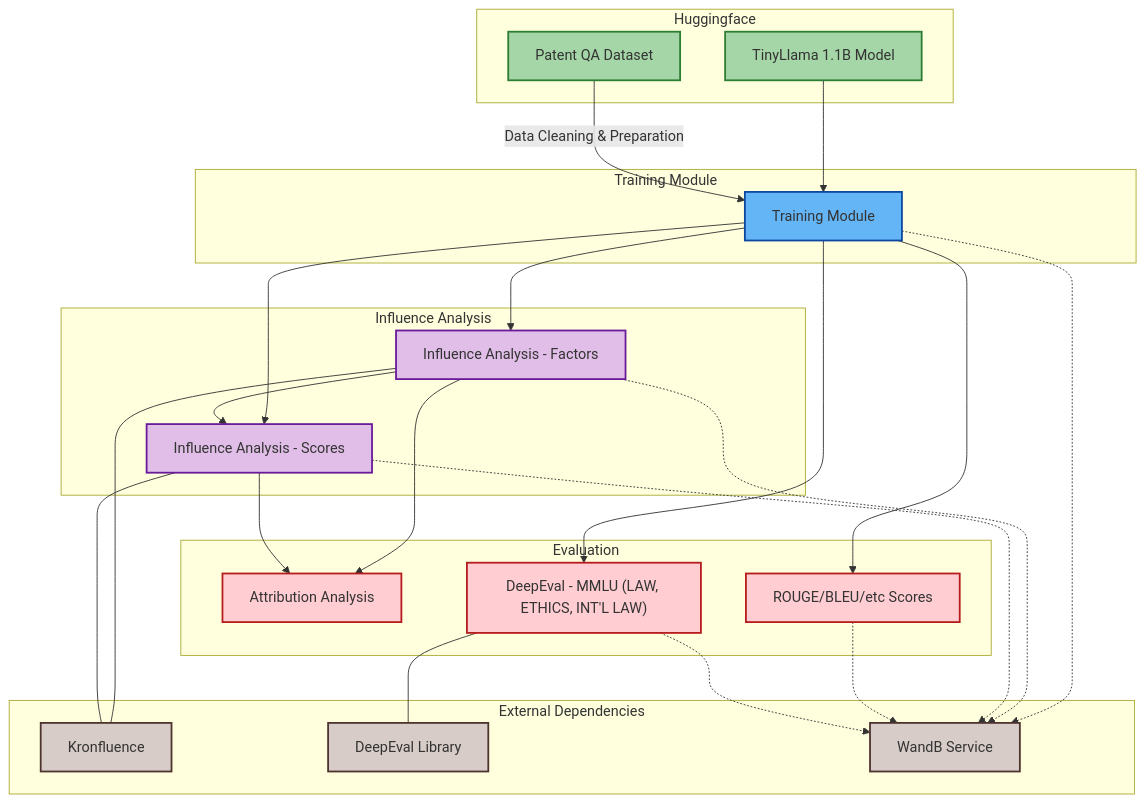
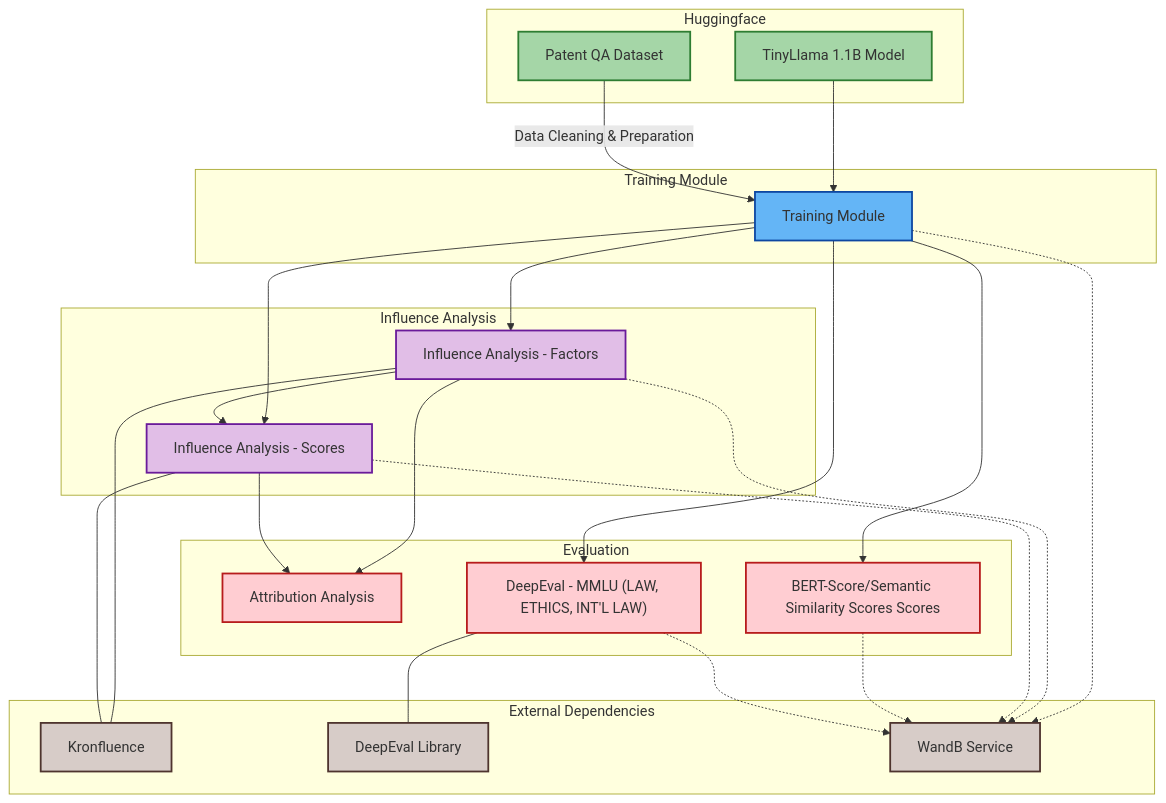
Before and after one commit to sarick-story/story-llm-influence-experiment: the diagram in training_overview.md, drawn with Mermaid. The commit also changed other lines of this file and 1 other file, not shown here.

````diff
--- a/training_overview.md
+++ b/training_overview.md
@@ -1,70 +1,70 @@
 ```mermaid
 flowchart TD
     %% Subgraph: Huggingface
     subgraph "Huggingface"
         base_model["TinyLlama 1.1B Model"]:::sourceStyle
         dataset["Patent QA Dataset"]:::sourceStyle
     end
 
     %% Subgraph: Training Module
     subgraph "Training Module"
         training["Training Module"]:::trainingStyle
     end
 
     %% Subgraph: Influence Analysis
     subgraph "Influence Analysis"
         factors["Influence Analysis - Factors"]:::analysisStyle
         scores["Influence Analysis - Scores"]:::analysisStyle
     end
 
     %% Subgraph: Evaluation
     subgraph "Evaluation"
         attribution["Attribution Analysis"]:::evaluationStyle
         deepeval_mmlu["DeepEval - MMLU (LAW, ETHICS, INT'L LAW)"]:::evaluationStyle
-        metrics["ROUGE/BLEU/etc Scores"]:::evaluationStyle
+        metrics["BERT-Score/Semantic Similarity Scores Scores"]:::evaluationStyle
     end
 
     %% External Dependencies
     subgraph "External Dependencies"
         externalKron["Kronfluence"]:::externalStyle
         externalDeep["DeepEval Library"]:::externalStyle
         wandb_service["WandB Service"]:::externalStyle
     end
 
     %% Data Sources to Training
     base_model --> training
     dataset -- Data Cleaning & Preparation --> training
 
     %% Core Connections
     training --> factors
     training --> scores
     factors --> scores
 
     %% Connections to Evaluation
     factors --> attribution
     scores --> attribution
     training --> deepeval_mmlu
     training --> metrics
 
     %% External Dependencies Connections
     factors --- externalKron
     scores --- externalKron
     deepeval_mmlu --- externalDeep
 
     %% WandB Connections (dotted for logging/monitoring)
     training -.-> wandb_service
     factors  -.-> wandb_service
     scores   -.-> wandb_service
     metrics -.-> wandb_service
     deepeval_mmlu -.-> wandb_service
 
     %% Styles
     classDef configStyle fill:#FFEB3B,stroke:#F57F17,stroke-width:2px;
     classDef orchestratorStyle fill:#8BC34A,stroke:#33691E,stroke-width:2px;
     classDef trainingStyle fill:#64B5F6,stroke:#0D47A1,stroke-width:2px;
     classDef analysisStyle fill:#E1BEE7,stroke:#6A1B9A,stroke-width:2px;
     classDef evaluationStyle fill:#FFCDD2,stroke:#B71C1C,stroke-width:2px;
     classDef utilityStyle fill:#CFD8DC,stroke:#37474F,stroke-width:2px;
     classDef externalStyle fill:#D7CCC8,stroke:#4E342E,stroke-width:2px;
     classDef sourceStyle fill:#A5D6A7,stroke:#2E7D32,stroke-width:2px;
 ```
````
